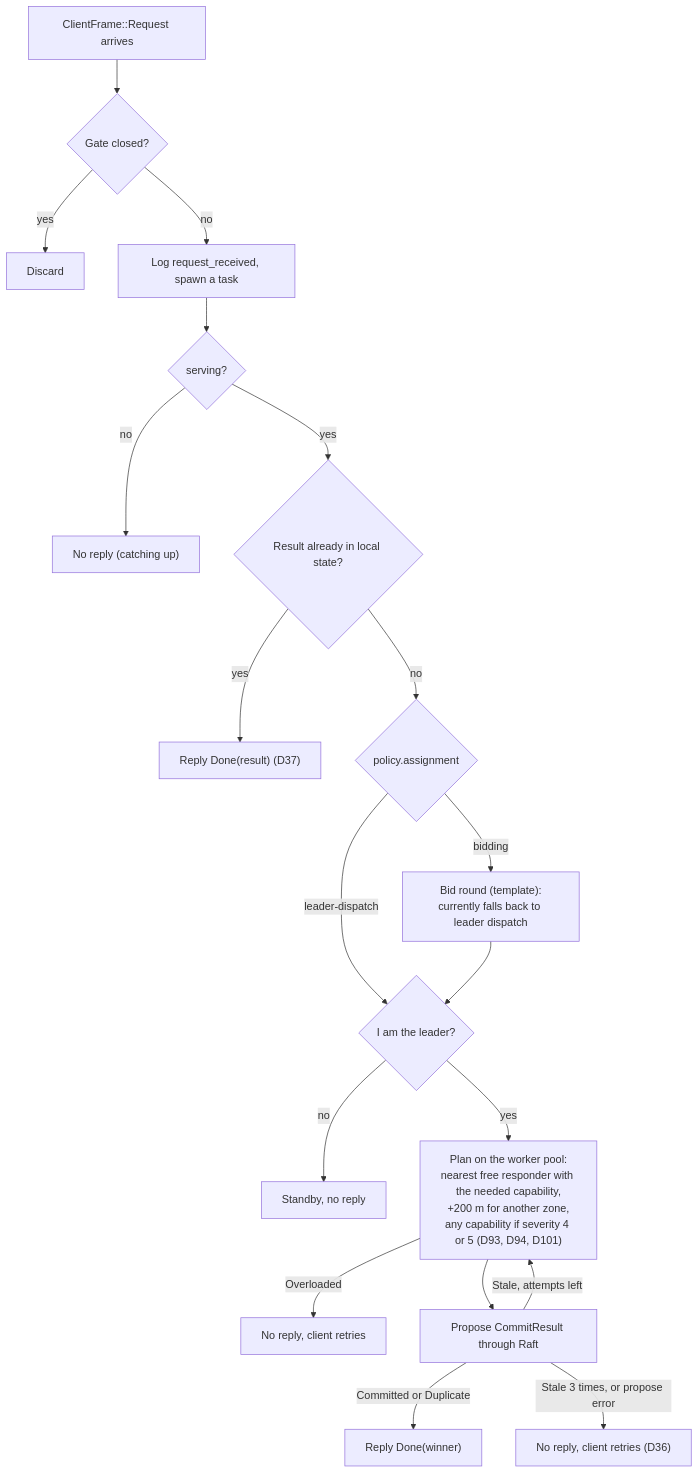
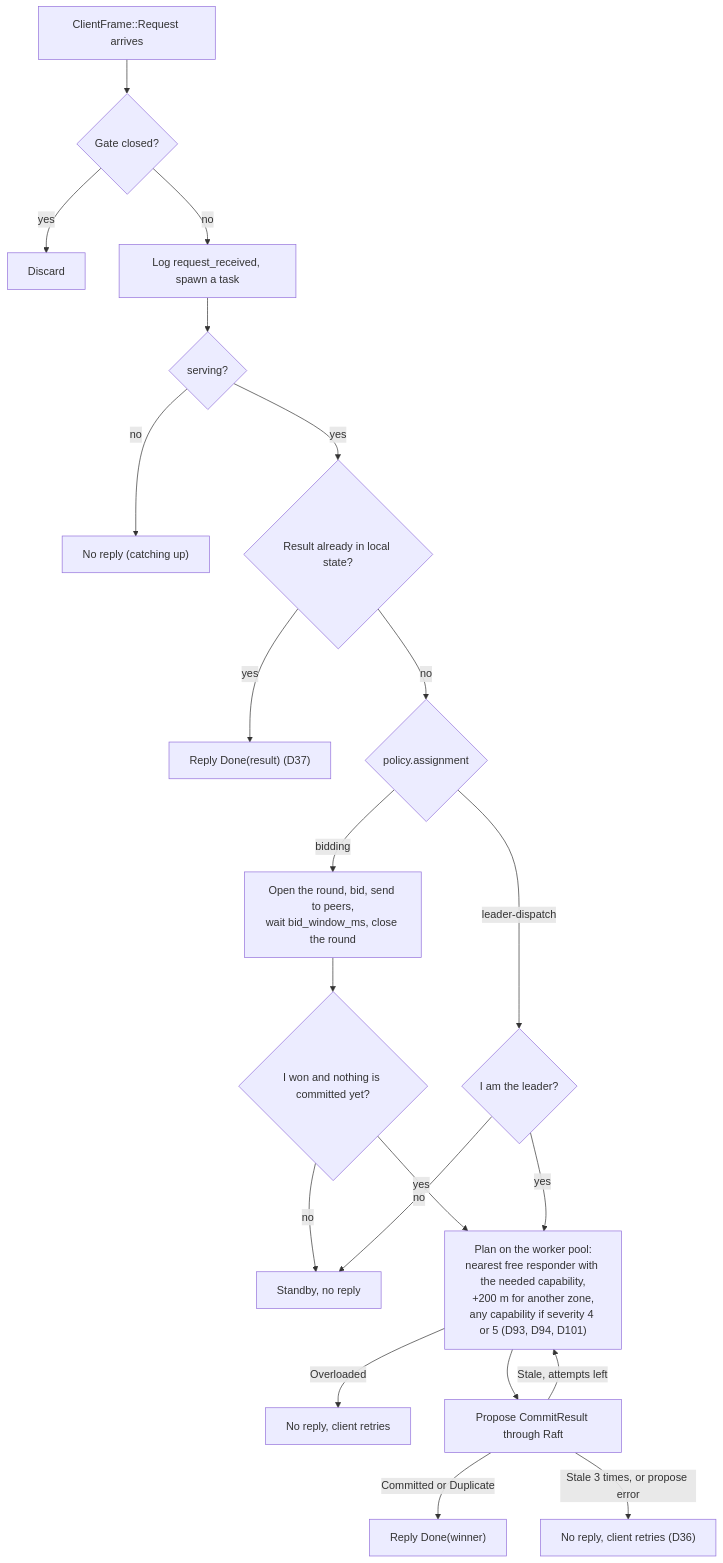
Diagram 19 of 27 in docs/architecture.md (noortaytoy1/DistributedSystems), drawn with Mermaid before and after one commit. The commit also changed other lines of this file and 14 other files, not shown here.

````diff
--- a/docs/architecture.md
+++ b/docs/architecture.md
@@ -686,21 +687,23 @@
 ```mermaid
 flowchart TD
     REQ["ClientFrame::Request arrives"] --> GATE{"Gate closed?"}
     GATE -->|yes| DROP["Discard"]
     GATE -->|no| LOG["Log request_received, spawn a task"]
     LOG --> SERV{"serving?"}
     SERV -->|no| QUIET1["No reply (catching up)"]
     SERV -->|yes| DONE{"Result already in local state?"}
     DONE -->|yes| REPLY1["Reply Done(result) (D37)"]
     DONE -->|no| POL{"policy.assignment"}
     POL -->|leader-dispatch| LEAD{"I am the leader?"}
-    POL -->|bidding| BID["Bid round (template):<br/>currently falls back to leader dispatch"]
-    BID --> LEAD
-    LEAD -->|no| QUIET2["Standby, no reply"]
-    LEAD -->|yes| PLAN["Plan on the worker pool:<br/>nearest free responder with the needed capability,<br/>+200 m for another zone,<br/>any capability if severity 4 or 5 (D93, D94, D101)"]
+    POL -->|bidding| BID["Open the round, bid, send to peers,<br/>wait bid_window_ms, close the round"]
+    BID --> WON{"I won and nothing is committed yet?"}
+    WON -->|no| QUIET2["Standby, no reply"]
+    WON -->|yes| PLAN["Plan on the worker pool:<br/>nearest free responder with the needed capability,<br/>+200 m for another zone,<br/>any capability if severity 4 or 5 (D93, D94, D101)"]
+    LEAD -->|no| QUIET2
+    LEAD -->|yes| PLAN
     PLAN -->|Overloaded| QUIET3["No reply, client retries"]
     PLAN --> PROP["Propose CommitResult through Raft"]
     PROP -->|Committed or Duplicate| REPLY2["Reply Done(winner)"]
     PROP -->|Stale, attempts left| PLAN
     PROP -->|Stale 3 times, or propose error| QUIET4["No reply, client retries (D36)"]
 ```
````
